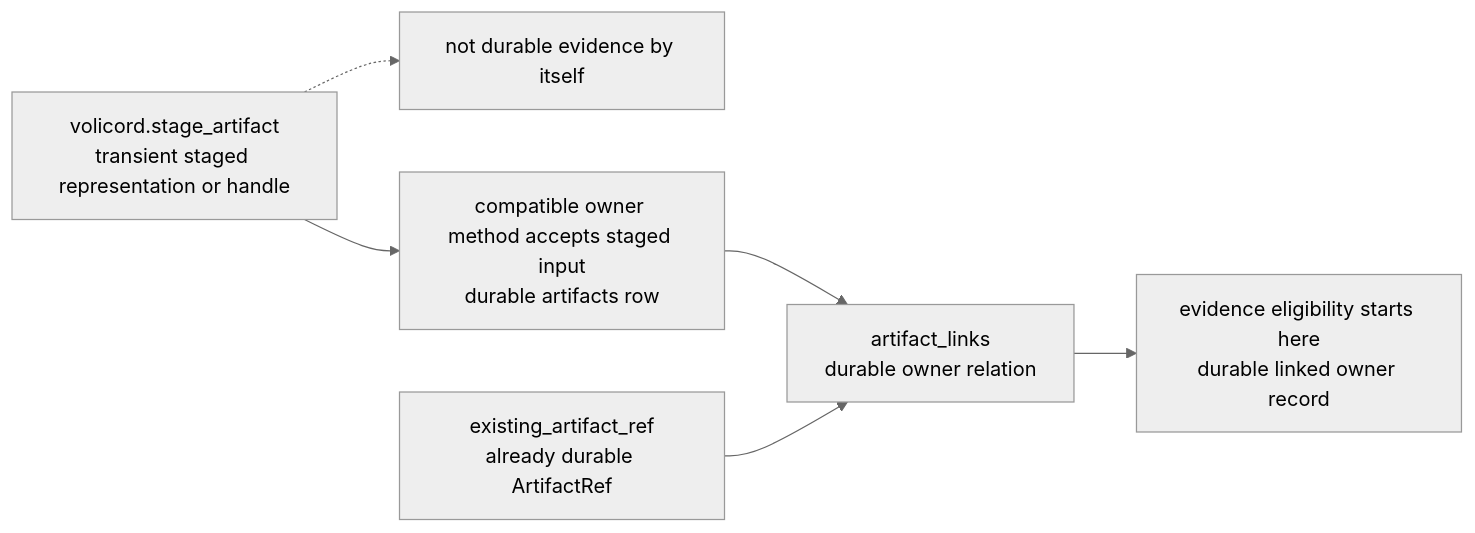
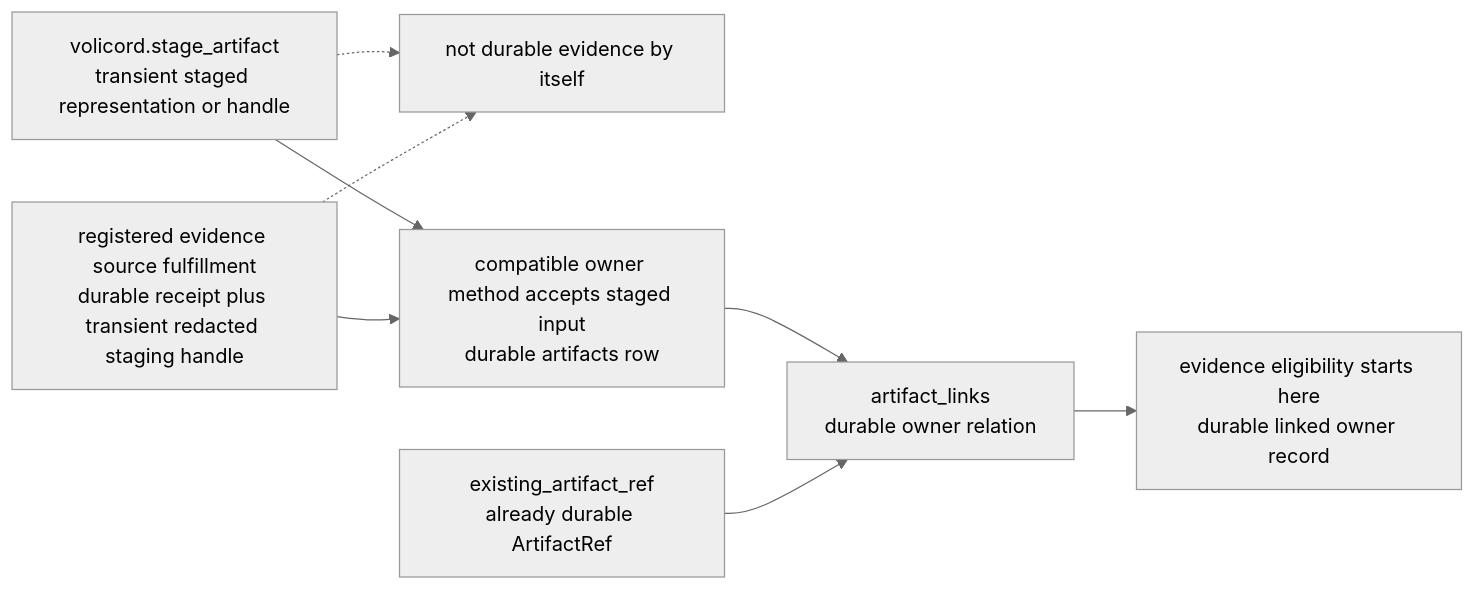
One commit to minjungw00/Volicord changed the diagram in docs/en/reference/storage-artifacts.md. Above: the diagram before and after it, drawn with Mermaid (neutral theme). The commit also changed other lines of this file and 81 other files, not shown here.

Commit message:
feat(evidence): add authority-owned capture producers

````diff
--- a/docs/en/reference/storage-artifacts.md
+++ b/docs/en/reference/storage-artifacts.md
@@ -38,13 +38,16 @@
 ```mermaid
 flowchart LR
   Stage["volicord.stage_artifact<br/>transient staged representation or handle"]
+  CaptureStage["registered evidence source fulfillment<br/>durable receipt plus transient redacted staging handle"]
   NoEvidence["not durable evidence by itself"]
   Promote["compatible owner method accepts staged input<br/>durable artifacts row"]
   Link["artifact_links<br/>durable owner relation"]
   Evidence["evidence eligibility starts here<br/>durable linked owner record"]
   Reuse["existing_artifact_ref<br/>already durable ArtifactRef"]
 
   Stage --> Promote --> Link --> Evidence
+  CaptureStage --> Promote
   Stage -.-> NoEvidence
+  CaptureStage -.-> NoEvidence
   Reuse --> Link
 ```
````
